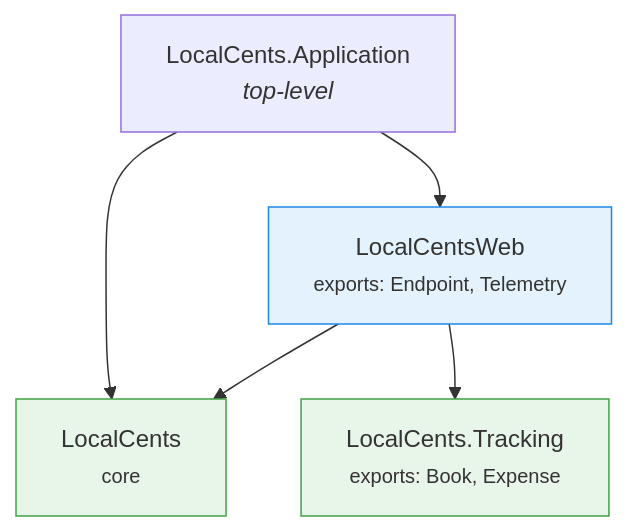
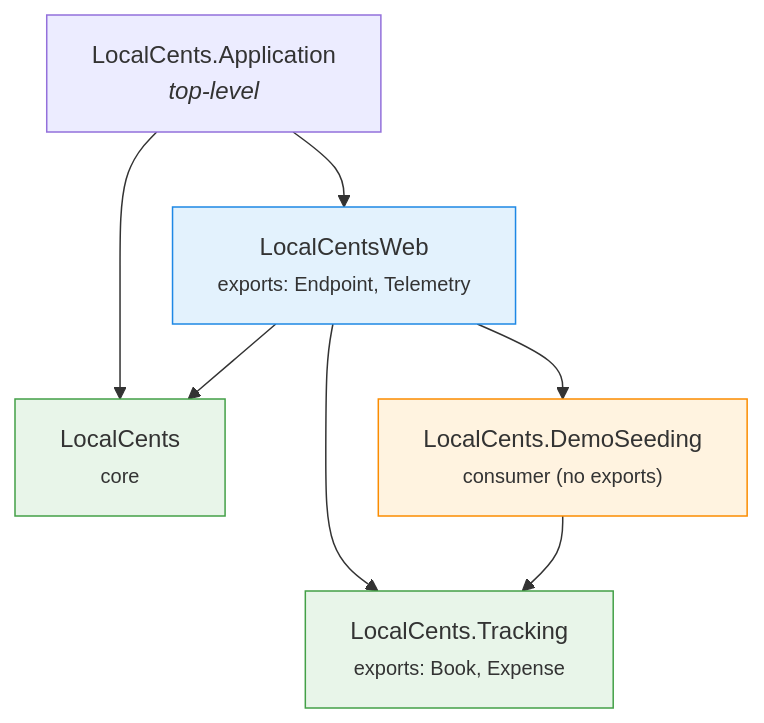
Before and after one commit to zorn/local_cents: the first of 2 diagrams in docs/module-boundaries.md, drawn with Mermaid. The commit also changed other lines of this file and 13 other files, not shown here.

First line of the commit message:
feat: first-run demo seeding with async loading state (#70) (#134)

````diff
--- a/docs/module-boundaries.md
+++ b/docs/module-boundaries.md
@@ -60,17 +68,22 @@
 ```mermaid
 graph TD
     App["LocalCents.Application<br/><i>top-level</i>"]
     Web["LocalCentsWeb<br/><small>exports: Endpoint, Telemetry</small>"]
     Core["LocalCents<br/><small>core</small>"]
     Tracking["LocalCents.Tracking<br/><small>exports: Book, Expense</small>"]
+    DemoSeeding["LocalCents.DemoSeeding<br/><small>consumer (no exports)</small>"]
 
     App --> Web
     App --> Core
     Web --> Core
     Web --> Tracking
+    Web --> DemoSeeding
+    DemoSeeding --> Tracking
 
     classDef context fill:#e8f5e9,stroke:#43a047;
     classDef web fill:#e3f2fd,stroke:#1e88e5;
+    classDef consumer fill:#fff3e0,stroke:#fb8c00;
     class Tracking,Core context;
     class Web web;
+    class DemoSeeding consumer;
 ```
````
